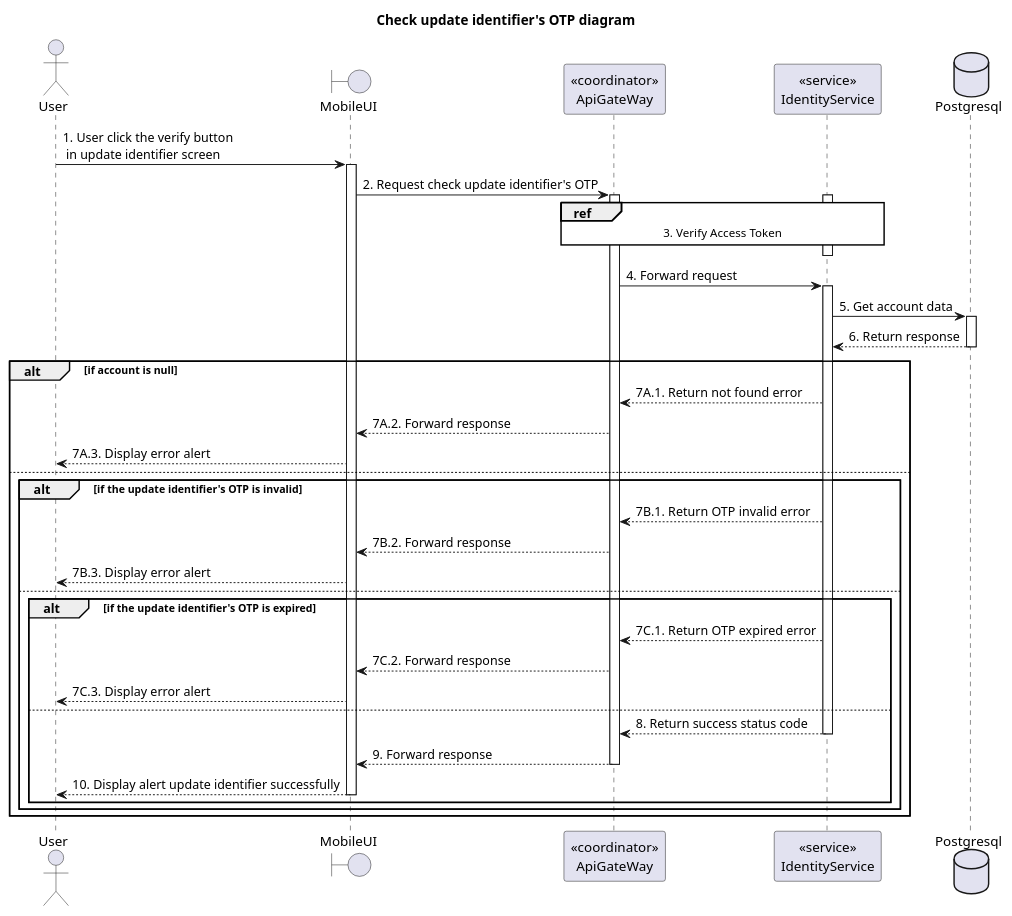
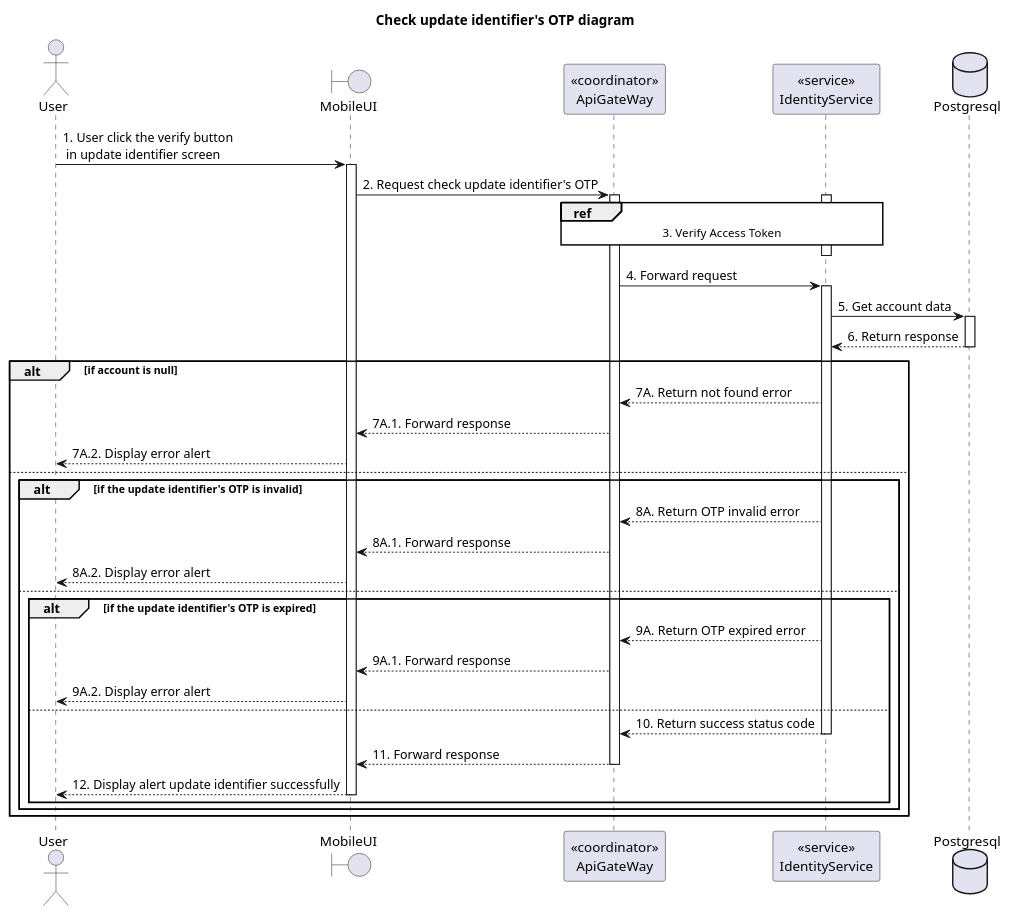
Before and after one commit to Carl-Johnsons/tastopia: the diagram in doc/SDS/Identity/User/CheckUpdateIdentifierOTP/Sequence.plantuml, drawn with PlantUML. The commit also changed 21 other files, not shown here.

Commit message:
doc: fix sequence ordinal number

```diff
--- a/doc/SDS/Identity/User/CheckUpdateIdentifierOTP/Sequence.plantuml
+++ b/doc/SDS/Identity/User/CheckUpdateIdentifierOTP/Sequence.plantuml
@@ -1,52 +1,52 @@
 @startuml Sequence
 title "Check update identifier's OTP diagram"
 
 <style>
   sequenceDiagram {
     reference {
       BackGroundColor white
     }
 }
 </style>
 
 actor User
 boundary MobileUI
 participant "<<coordinator>>\nApiGateWay" as ApiGateway
 participant "<<service>>\nIdentityService" as IdentityService
 database Postgresql
 
 User -> MobileUI ++: 1. User click the verify button\n in update identifier screen
 MobileUI -> ApiGateway ++: 2. Request check update identifier's OTP
 
 activate IdentityService
 ref over ApiGateway, IdentityService: 3. Verify Access Token
 ApiGateway -[hidden]-> IdentityService
 deactivate IdentityService
 
 ApiGateway -> IdentityService ++: 4. Forward request
 IdentityService -> Postgresql ++: 5. Get account data
 IdentityService <-- Postgresql --: 6. Return response
 
 alt if account is null
-  ApiGateway <-- IdentityService: 7A.1. Return not found error
-  MobileUI <-- ApiGateway: 7A.2. Forward response
-  User <-- MobileUI: 7A.3. Display error alert
+  ApiGateway <-- IdentityService: 7A. Return not found error
+  MobileUI <-- ApiGateway: 7A.1. Forward response
+  User <-- MobileUI: 7A.2. Display error alert
 else
   alt if the update identifier's OTP is invalid
-    ApiGateway <-- IdentityService: 7B.1. Return OTP invalid error
-    MobileUI <-- ApiGateway: 7B.2. Forward response
-    User <-- MobileUI: 7B.3. Display error alert
+    ApiGateway <-- IdentityService: 8A. Return OTP invalid error
+    MobileUI <-- ApiGateway: 8A.1. Forward response
+    User <-- MobileUI: 8A.2. Display error alert
   else
     alt if the update identifier's OTP is expired
-      ApiGateway <-- IdentityService: 7C.1. Return OTP expired error
-      MobileUI <-- ApiGateway: 7C.2. Forward response
-      User <-- MobileUI: 7C.3. Display error alert
+      ApiGateway <-- IdentityService: 9A. Return OTP expired error
+      MobileUI <-- ApiGateway: 9A.1. Forward response
+      User <-- MobileUI: 9A.2. Display error alert
     else
-      ApiGateway <-- IdentityService --: 8. Return success status code
-      MobileUI <-- ApiGateway --: 9. Forward response
-      User <-- MobileUI --: 10. Display alert update identifier successfully
+      ApiGateway <-- IdentityService --: 10. Return success status code
+      MobileUI <-- ApiGateway --: 11. Forward response
+      User <-- MobileUI --: 12. Display alert update identifier successfully
     end
   end
 end
 
 @enduml
```
